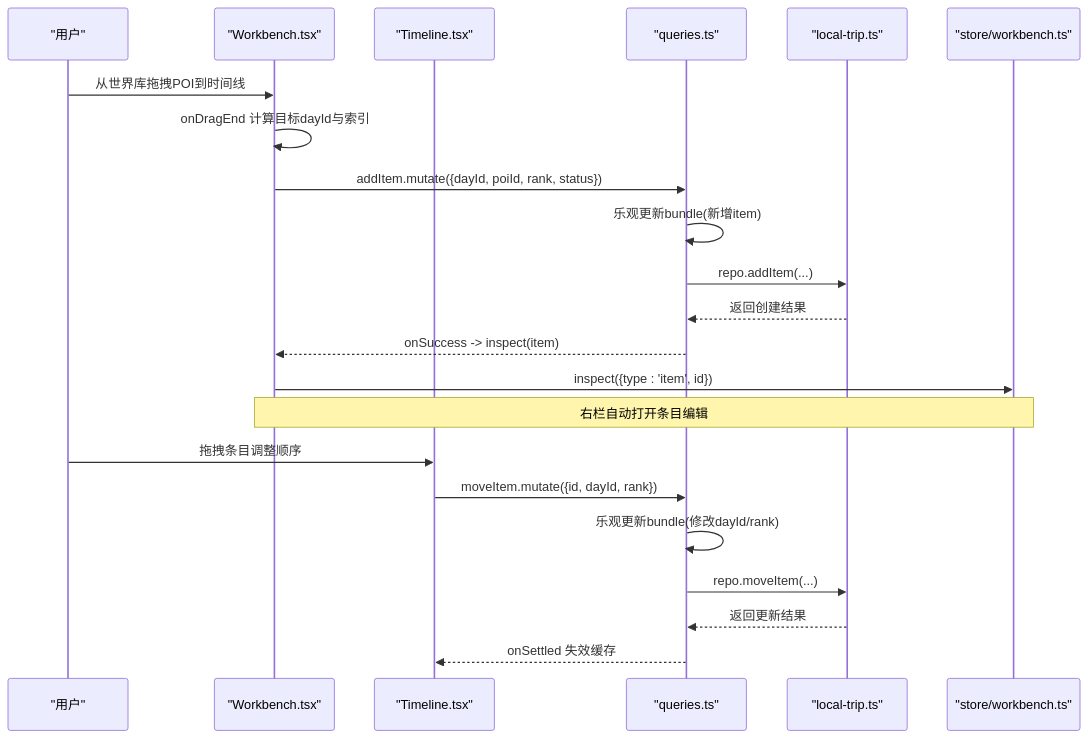
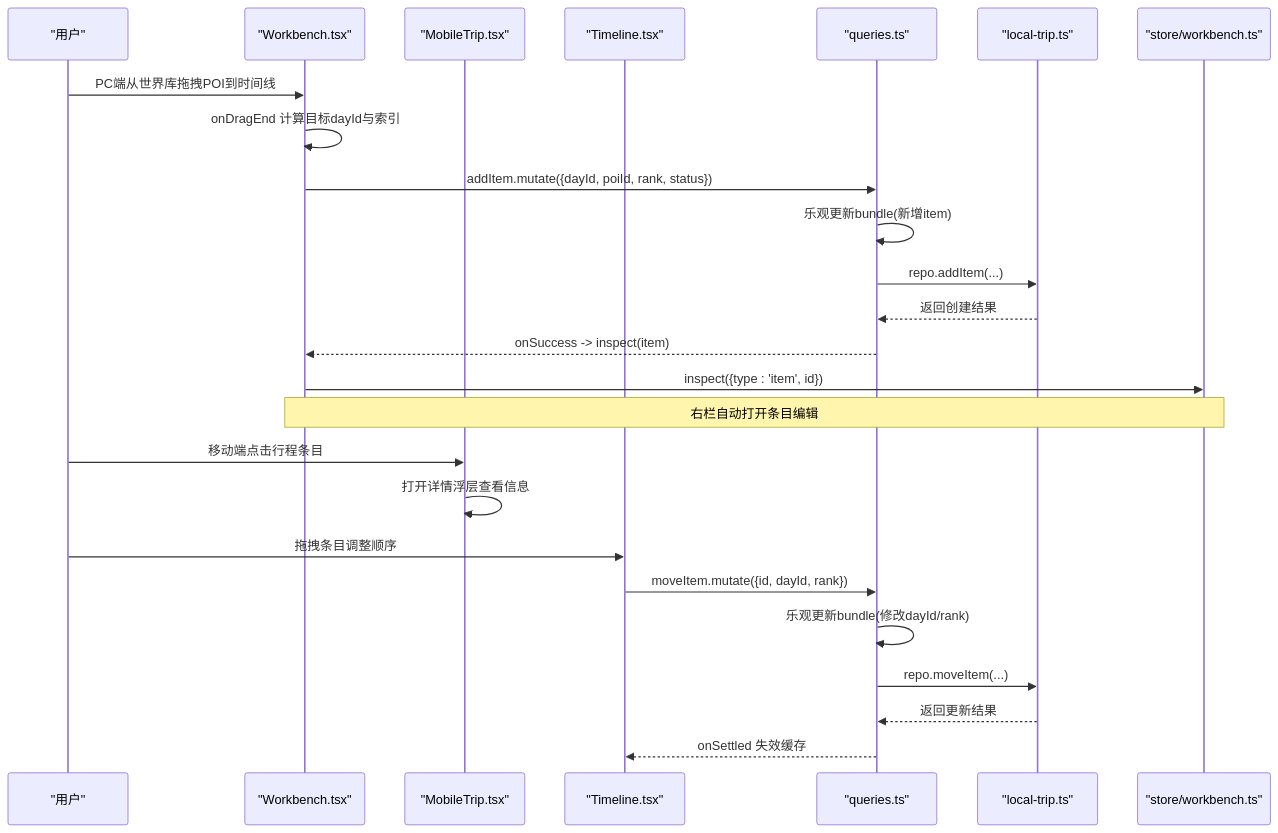
One commit to huangyilu/wanwuyishi changed the second of 8 diagrams in .qoder/repowiki/zh/content/核心功能模块/行程管理模块/行程管理模块.md. Above: the diagram before and after it, drawn with Mermaid. The commit also changed other lines of this file and 103 other files, not shown here.

````diff
--- a/.qoder/repowiki/zh/content/核心功能模块/行程管理模块/行程管理模块.md
+++ b/.qoder/repowiki/zh/content/核心功能模块/行程管理模块/行程管理模块.md
@@ -133,24 +152,27 @@
 ```mermaid
 sequenceDiagram
 participant U as "用户"
 participant WB as "Workbench.tsx"
+participant MT as "MobileTrip.tsx"
 participant TL as "Timeline.tsx"
 participant Q as "queries.ts"
 participant R as "local-trip.ts"
 participant S as "store/workbench.ts"
-U->>WB : 从世界库拖拽POI到时间线
+U->>WB : PC端从世界库拖拽POI到时间线
 WB->>WB : onDragEnd 计算目标dayId与索引
 WB->>Q : addItem.mutate({dayId, poiId, rank, status})
 Q->>Q : 乐观更新bundle(新增item)
 Q->>R : repo.addItem(...)
 R-->>Q : 返回创建结果
 Q-->>WB : onSuccess -> inspect(item)
 WB->>S : inspect({type : 'item', id})
 Note over WB,S : 右栏自动打开条目编辑
+U->>MT : 移动端点击行程条目
+MT->>MT : 打开详情浮层查看信息
 U->>TL : 拖拽条目调整顺序
 TL->>Q : moveItem.mutate({id, dayId, rank})
 Q->>Q : 乐观更新bundle(修改dayId/rank)
 Q->>R : repo.moveItem(...)
 R-->>Q : 返回更新结果
 Q-->>TL : onSettled 失效缓存
 ```
````
